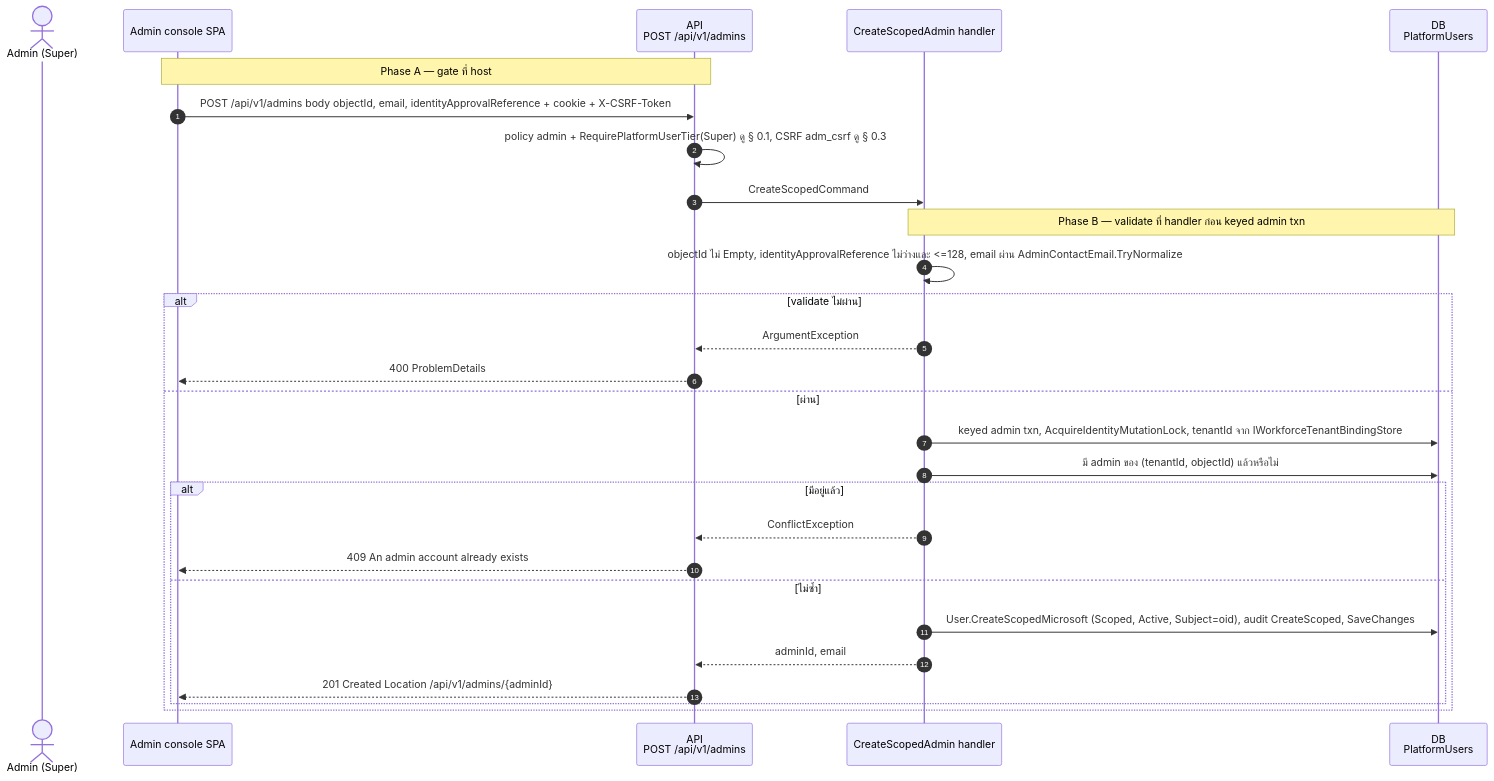
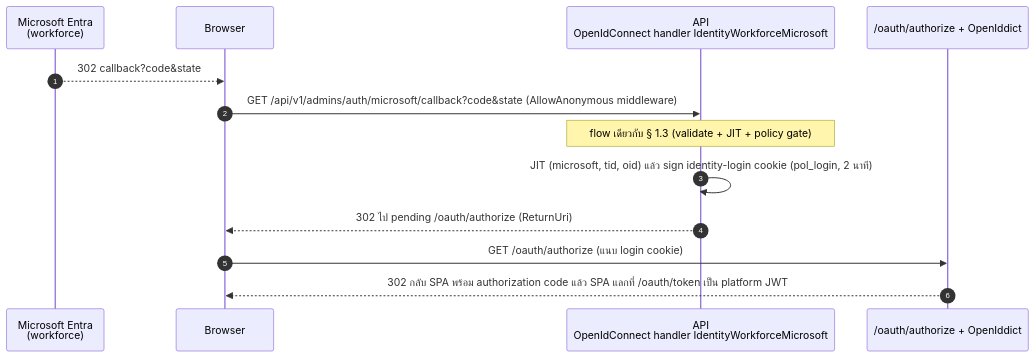
Before and after one commit to metrodiesign/pol-core: the diagram in outputs/diagrams/2026-09-14_api-endpoints_v1/08-admin-accounts-auth.sequences.md, drawn with Mermaid. The commit also changed other lines of this file and 42 other files, not shown here.

First line of the commit message:
docs: align reference docs and the API diagram set with the Bearer-only admin plane

````diff
--- a/outputs/diagrams/2026-09-14_api-endpoints_v1/08-admin-accounts-auth.sequences.md
+++ b/outputs/diagrams/2026-09-14_api-endpoints_v1/08-admin-accounts-auth.sequences.md
@@ -183,32 +17,16 @@
 ```mermaid
 sequenceDiagram
     autonumber
-    actor A as Admin (Super)
-    participant SPA as Admin console SPA
-    participant API as API<br/>POST /api/v1/admins
-    participant H as CreateScopedAdmin handler
-    participant DB as DB<br/>PlatformUsers
+    participant IdP as Microsoft Entra<br/>(workforce)
+    participant Browser
+    participant API as API<br/>OpenIdConnect handler IdentityWorkforceMicrosoft
+    participant AZ as /oauth/authorize + OpenIddict
 
-    Note over SPA,API: Phase A — gate ที่ host
-    SPA->>API: POST /api/v1/admins body objectId, email, identityApprovalReference + cookie + X-CSRF-Token
-    API->>API: policy admin + RequirePlatformUserTier(Super) ดู § 0.1, CSRF adm_csrf ดู § 0.3
-    API->>H: CreateScopedCommand
-
-    Note over H,DB: Phase B — validate ที่ handler ก่อน keyed admin txn
-    H->>H: objectId ไม่ Empty, identityApprovalReference ไม่ว่างและ <=128, email ผ่าน AdminContactEmail.TryNormalize
-    alt validate ไม่ผ่าน
-        H-->>API: ArgumentException
-        API-->>SPA: 400 ProblemDetails
-    else ผ่าน
-        H->>DB: keyed admin txn, AcquireIdentityMutationLock, tenantId จาก IWorkforceTenantBindingStore
-        H->>DB: มี admin ของ (tenantId, objectId) แล้วหรือไม่
-        alt มีอยู่แล้ว
-            H-->>API: ConflictException
-            API-->>SPA: 409 An admin account already exists
-        else ไม่ซ้ำ
-            H->>DB: User.CreateScopedMicrosoft (Scoped, Active, Subject=oid), audit CreateScoped, SaveChanges
-            H-->>API: adminId, email
-            API-->>SPA: 201 Created Location /api/v1/admins/{adminId}
-        end
-    end
+    IdP-->>Browser: 302 callback?code&state
+    Browser->>API: GET /api/v1/admins/auth/microsoft/callback?code&state (AllowAnonymous middleware)
+    Note over API: flow เดียวกับ § 1.3 (validate + JIT + policy gate)
+    API->>API: JIT (microsoft, tid, oid) แล้ว sign identity-login cookie (pol_login, 2 นาที)
+    API-->>Browser: 302 ไป pending /oauth/authorize (ReturnUri)
+    Browser->>AZ: GET /oauth/authorize (แนบ login cookie)
+    AZ-->>Browser: 302 กลับ SPA พร้อม authorization code แล้ว SPA แลกที่ /oauth/token เป็น platform JWT
 ```
````
